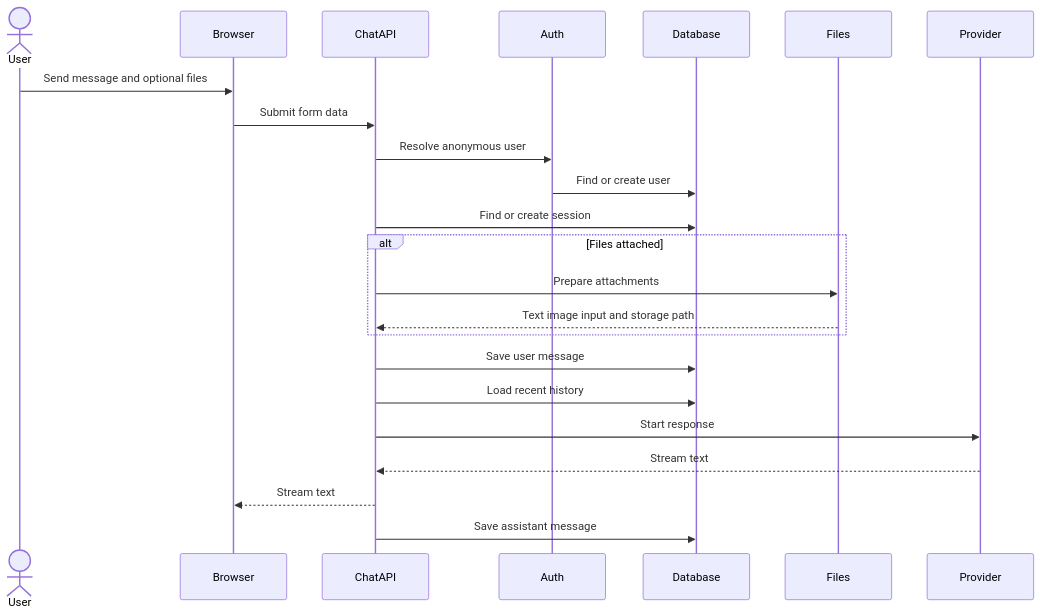
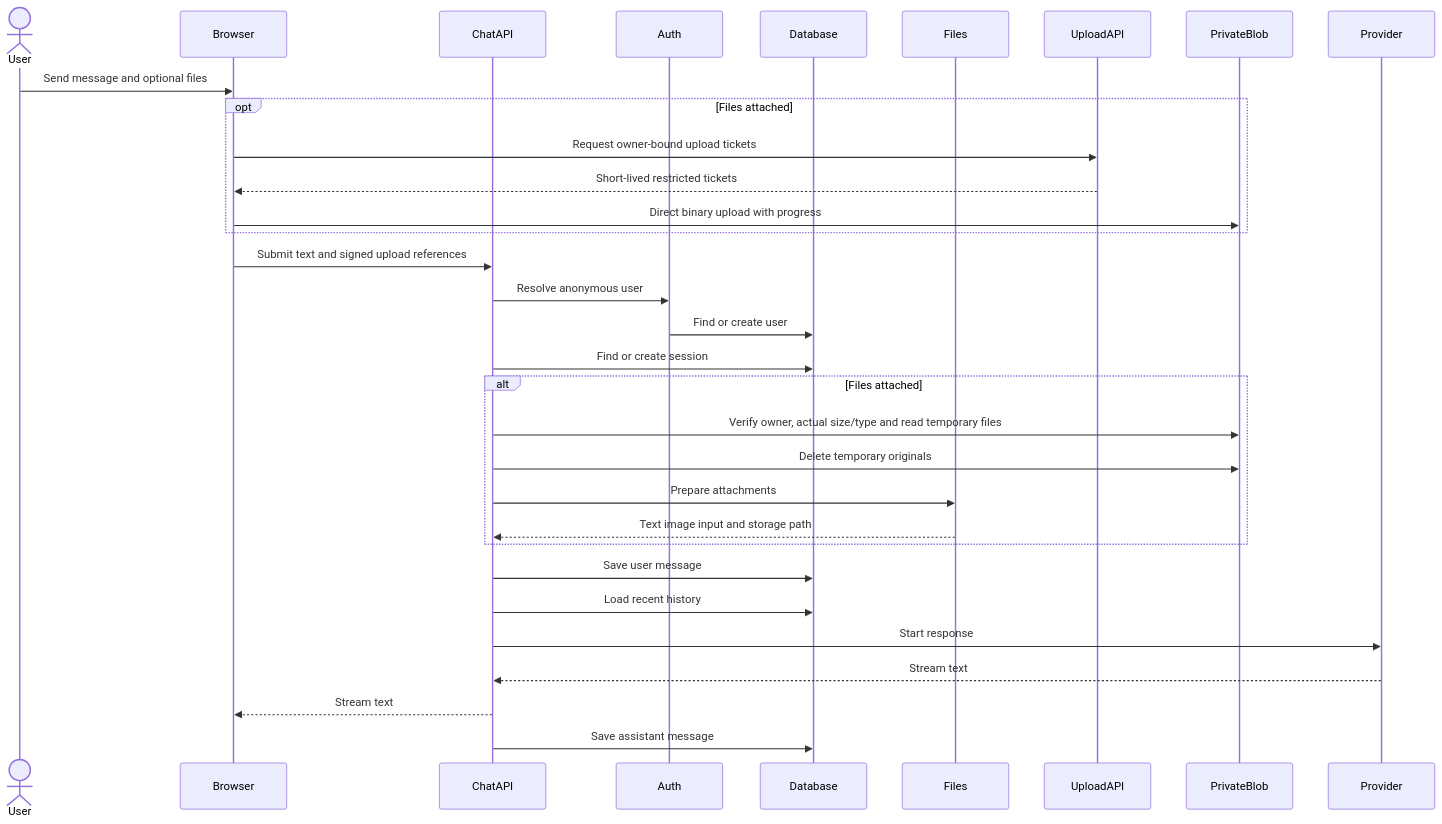
One commit to kakumine2001/NoteFable changed the first of 2 diagrams in docs/architecture/chat-flow.md. Above: the diagram before and after it, drawn with Mermaid. The commit also changed other lines of this file and 26 other files, not shown here.

Commit message:
Upload chat attachments directly to private Blob

````diff
--- a/docs/architecture/chat-flow.md
+++ b/docs/architecture/chat-flow.md
@@ -9,28 +9,37 @@
 ```mermaid
 sequenceDiagram
     actor User
     participant Browser
     participant ChatAPI
     participant Auth
     participant Database
     participant Files
+    participant UploadAPI
+    participant PrivateBlob
     participant Provider
 
     User->>Browser: Send message and optional files
-    Browser->>ChatAPI: Submit form data
+    opt Files attached
+        Browser->>UploadAPI: Request owner-bound upload tickets
+        UploadAPI-->>Browser: Short-lived restricted tickets
+        Browser->>PrivateBlob: Direct binary upload with progress
+    end
+    Browser->>ChatAPI: Submit text and signed upload references
     ChatAPI->>Auth: Resolve anonymous user
     Auth->>Database: Find or create user
     ChatAPI->>Database: Find or create session
 
     alt Files attached
+        ChatAPI->>PrivateBlob: Verify owner, actual size/type and read temporary files
+        ChatAPI->>PrivateBlob: Delete temporary originals
         ChatAPI->>Files: Prepare attachments
         Files-->>ChatAPI: Text image input and storage path
     end
 
     ChatAPI->>Database: Save user message
     ChatAPI->>Database: Load recent history
     ChatAPI->>Provider: Start response
     Provider-->>ChatAPI: Stream text
     ChatAPI-->>Browser: Stream text
     ChatAPI->>Database: Save assistant message
 ```
````
